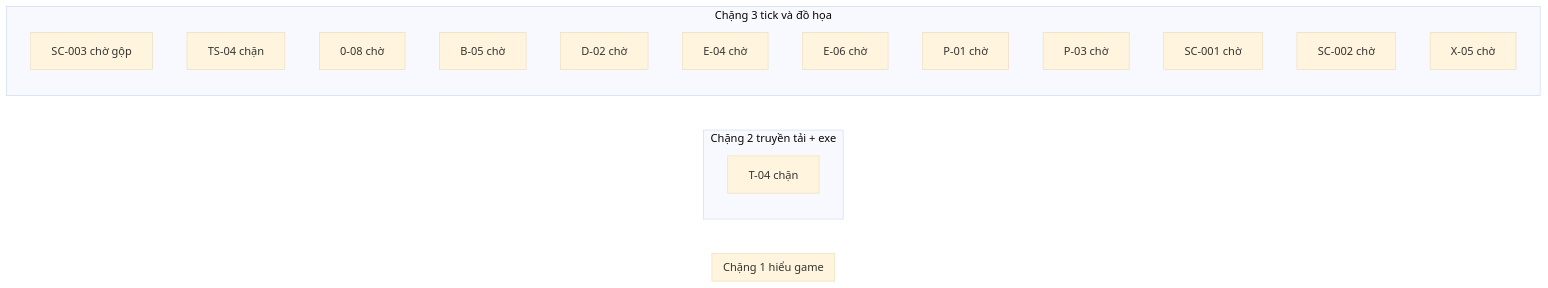
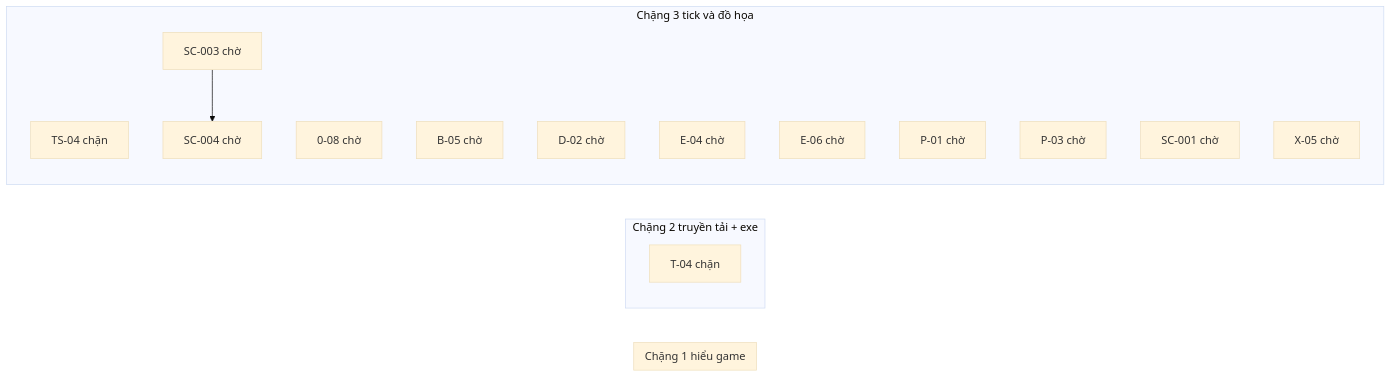
One commit to ndtangoss-dev/jx1-reports changed the diagram in JX1_OPS/STATE/TIEN-DO.md. Above: the diagram before and after it, drawn with Mermaid (base theme). The commit also changed other lines of this file and 1 other file, not shown here.

Commit message:
SC-002: gop bao cao PARTIAL (khong sua ma), status done

````diff
--- a/JX1_OPS/STATE/TIEN-DO.md
+++ b/JX1_OPS/STATE/TIEN-DO.md
@@ -9,22 +9,23 @@
 ```mermaid
 flowchart LR
   subgraph S1["Chặng 1 hiểu game"]
   end
   subgraph S2["Chặng 2 truyền tải + exe"]
     T_04["T-04 chặn"]
   end
   subgraph S3["Chặng 3 tick và đồ họa"]
-    SC_003["SC-003 chờ gộp"]
     TS_04["TS-04 chặn"]
     0_08["0-08 chờ"]
     B_05["B-05 chờ"]
     D_02["D-02 chờ"]
     E_04["E-04 chờ"]
     E_06["E-06 chờ"]
     P_01["P-01 chờ"]
     P_03["P-03 chờ"]
     SC_001["SC-001 chờ"]
-    SC_002["SC-002 chờ"]
+    SC_003["SC-003 chờ"]
+    SC_004["SC-004 chờ"]
     X_05["X-05 chờ"]
   end
+  SC_003 --> SC_004
 ```
````
